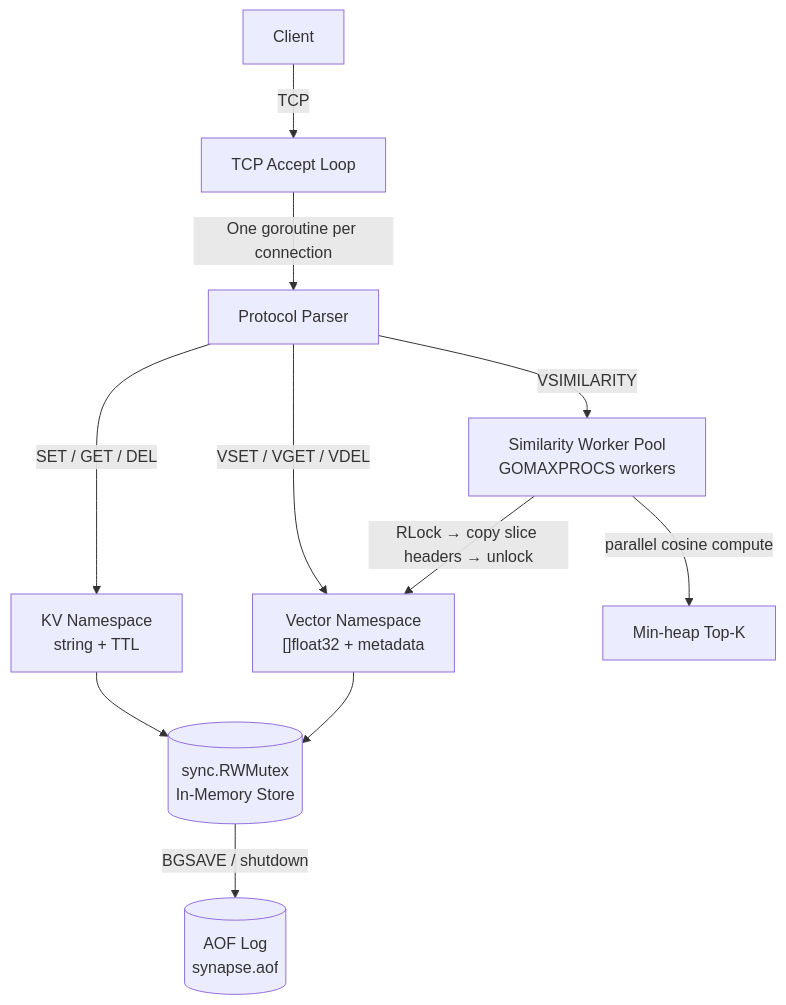
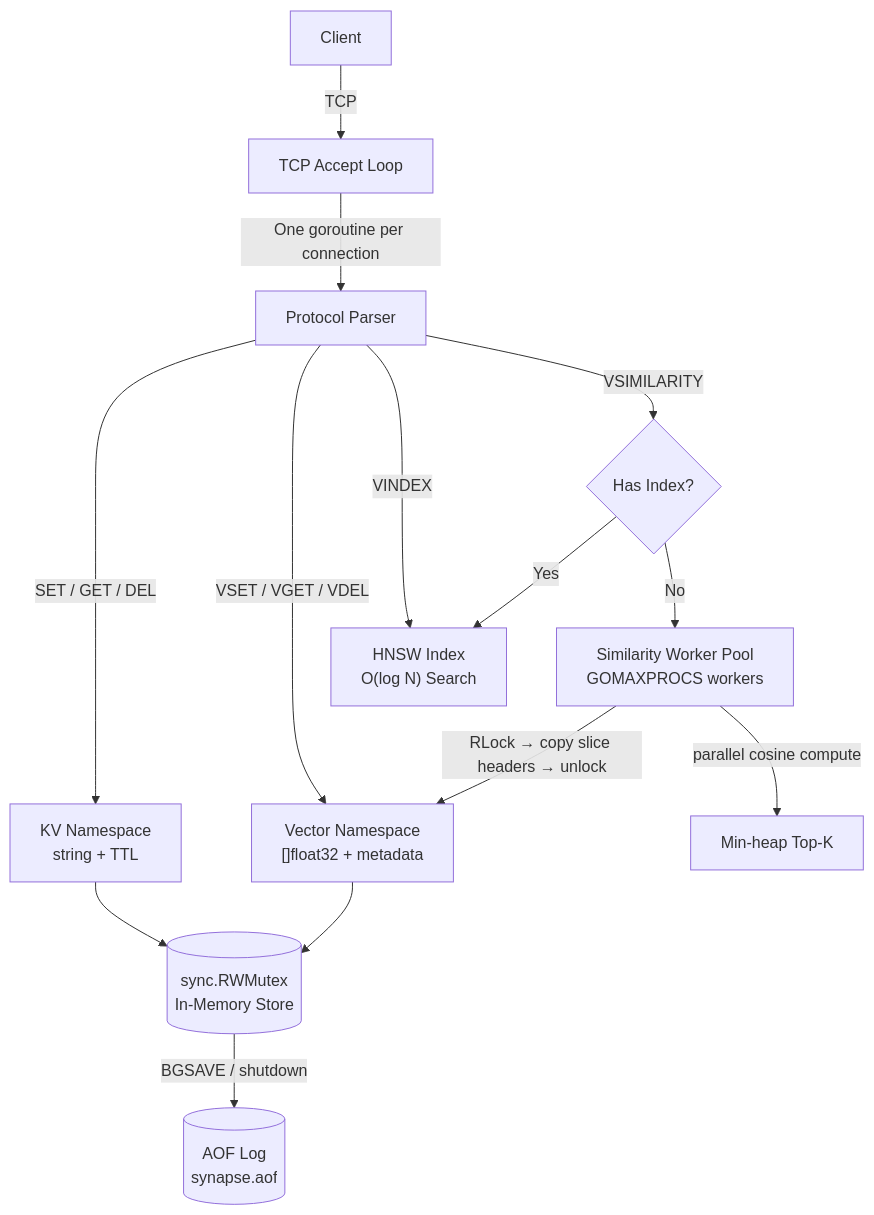
One commit to Saksham-Goswami-11/sypnase-cache changed the diagram in README.md. Above: the diagram before and after it, drawn with Mermaid. The commit also changed other lines of this file and 16 other files, not shown here.

Commit message:
feat: implement O(log N) HNSW vector index with concurrent per-node locking and binary snapshots (v2.0)

````diff
--- a/README.md
+++ b/README.md
@@ -139,13 +139,16 @@
 ```mermaid
 graph TD
     Client[Client] -- TCP --> Server[TCP Accept Loop]
     Server -- One goroutine per connection --> Parser[Protocol Parser]
     Parser -- SET / GET / DEL --> KV["KV Namespace\nstring + TTL"]
     Parser -- VSET / VGET / VDEL --> VN["Vector Namespace\n[]float32 + metadata"]
-    Parser -- VSIMILARITY --> Pool["Similarity Worker Pool\nGOMAXPROCS workers"]
+    Parser -- VINDEX --> HNSW["HNSW Index\nO(log N) Search"]
+    Parser -- VSIMILARITY --> Router{"Has Index?"}
+    Router -- Yes --> HNSW
+    Router -- No --> Pool["Similarity Worker Pool\nGOMAXPROCS workers"]
     Pool -- RLock → copy slice headers → unlock --> VN
     Pool -- parallel cosine compute --> TopK["Min-heap Top-K"]
     KV --> Store[("sync.RWMutex\nIn-Memory Store")]
     VN --> Store
     Store -- BGSAVE / shutdown --> AOF[("AOF Log\nsynapse.aof")]
 ```
````
